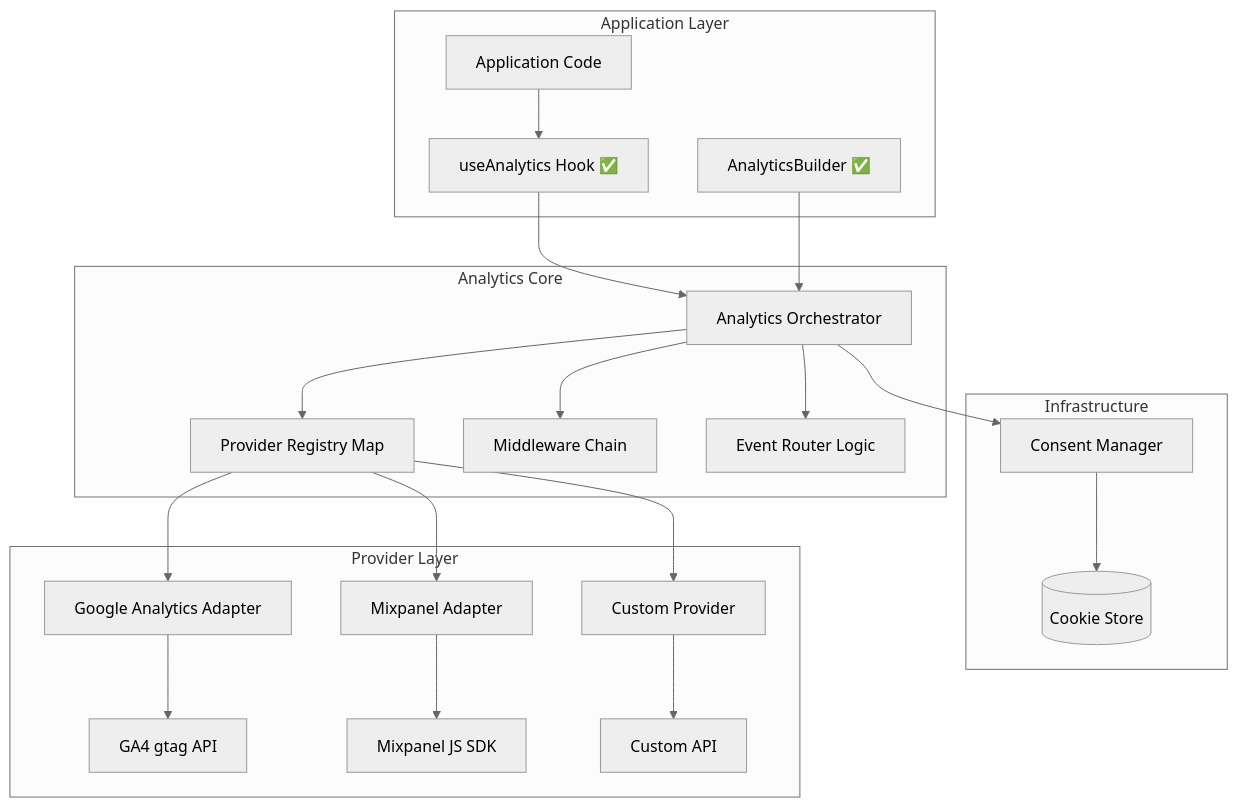
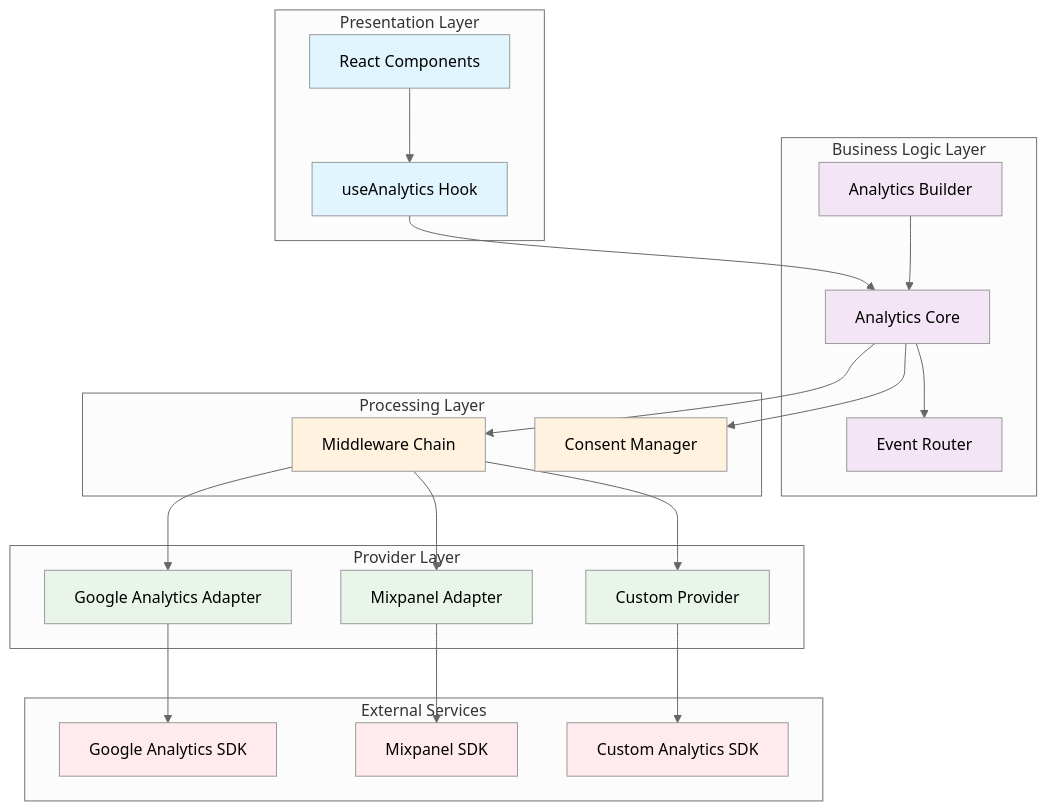
Before and after one commit to safe-global/safe-wallet-monorepo: the first of 5 diagrams in docs/analytics-architecture.md, drawn with Mermaid (neutral theme). The commit also changed other lines of this file, not shown here.

First line of the commit message:
docs: Simplify analytics architecture documentation with pseudocode

````diff
--- a/docs/analytics-architecture.md
+++ b/docs/analytics-architecture.md
@@ -11,52 +9,55 @@
 ```mermaid
-graph TB
-    subgraph "Application Layer"
-        App[Application Code]
-        Hook[useAnalytics Hook ✅]
-        Builder[AnalyticsBuilder ✅]
+graph TD
+    subgraph "Presentation Layer"
+        Hook[useAnalytics Hook]
+        Components[React Components]
     end
-
-    subgraph "Analytics Core"
-        Analytics[Analytics Orchestrator]
-        ProviderMap[Provider Registry Map]
-        MiddlewareChain[Middleware Chain]
-        Router[Event Router Logic]
+    
+    subgraph "Business Logic Layer"
+        Core[Analytics Core]
+        Builder[Analytics Builder]
+        Router[Event Router]
     end
-
-    subgraph "Infrastructure"
+    
+    subgraph "Processing Layer"
+        Middleware[Middleware Chain]
         Consent[Consent Manager]
-        CookieStore[(Cookie Store)]
     end
-
+    
     subgraph "Provider Layer"
-        Provider1[Google Analytics Adapter]
-        Provider2[Mixpanel Adapter]
-        Provider3[Custom Provider]
-        GA4[GA4 gtag API]
-        MP[Mixpanel JS SDK]
-        CustomAPI[Custom API]
+        GA[Google Analytics Adapter]
+        MP[Mixpanel Adapter]
+        Custom[Custom Provider]
     end
-
-    %% Application flow
-    App --> Hook
-    Hook --> Analytics
-    Builder --> Analytics
-
-    %% Core orchestration
-    Analytics --> ProviderMap
-    Analytics --> MiddlewareChain
-    Analytics --> Router
-    Analytics --> Consent
-
-    %% Infrastructure connections
-    Consent --> CookieStore
-
-    %% Provider connections
-    ProviderMap --> Provider1
-    ProviderMap --> Provider2
-    ProviderMap --> Provider3
-    Provider1 --> GA4
-    Provider2 --> MP
-    Provider3 --> CustomAPI
-
+    
+    subgraph "External Services"
+        GASDK[Google Analytics SDK]
+        MPSDK[Mixpanel SDK]
+        CustomSDK[Custom Analytics SDK]
+    end
+    
+    Components --> Hook
+    Hook --> Core
+    Builder --> Core
+    Core --> Router
+    Core --> Middleware
+    Core --> Consent
+    Middleware --> GA
+    Middleware --> MP
+    Middleware --> Custom
+    GA --> GASDK
+    MP --> MPSDK
+    Custom --> CustomSDK
+    
+    classDef presentation fill:#e1f5fe
+    classDef business fill:#f3e5f5
+    classDef processing fill:#fff3e0
+    classDef provider fill:#e8f5e8
+    classDef external fill:#ffebee
+    
+    class Hook,Components presentation
+    class Core,Builder,Router business
+    class Middleware,Consent processing
+    class GA,MP,Custom provider
+    class GASDK,MPSDK,CustomSDK external
 ```
````
